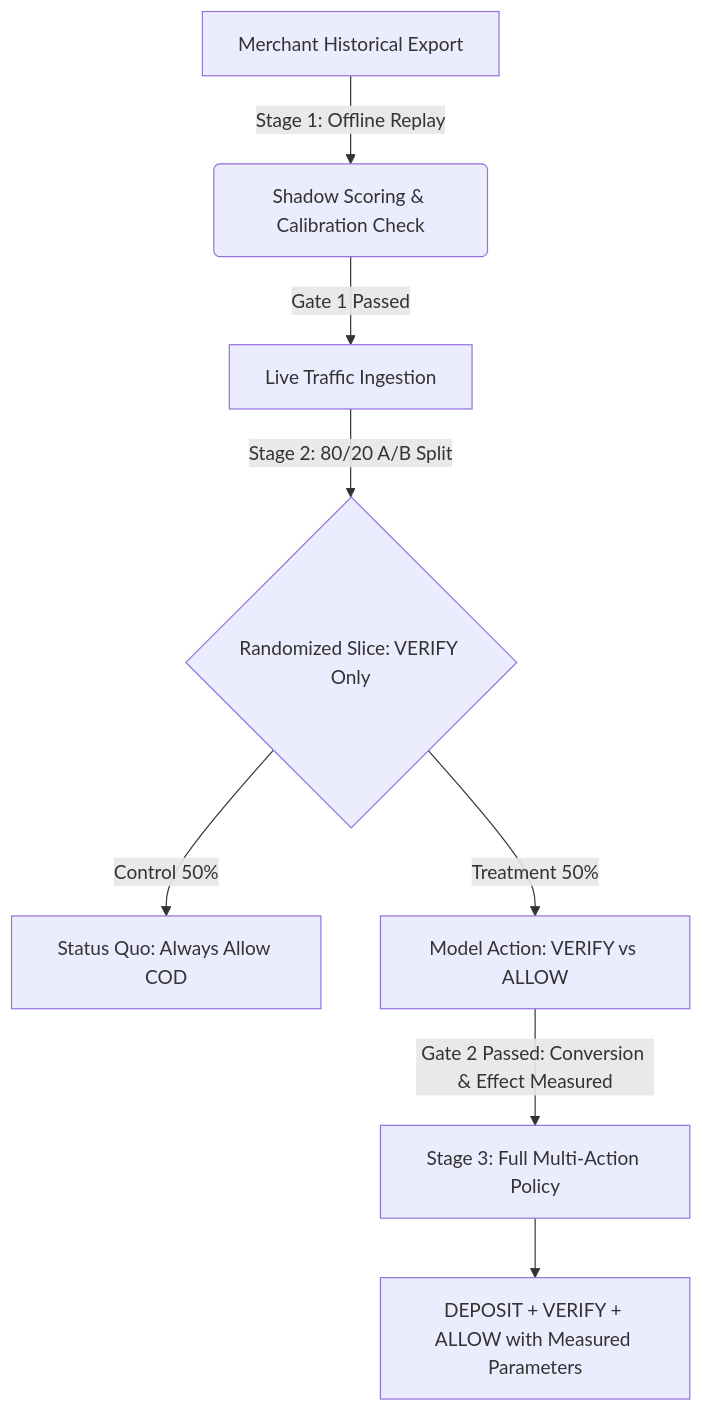
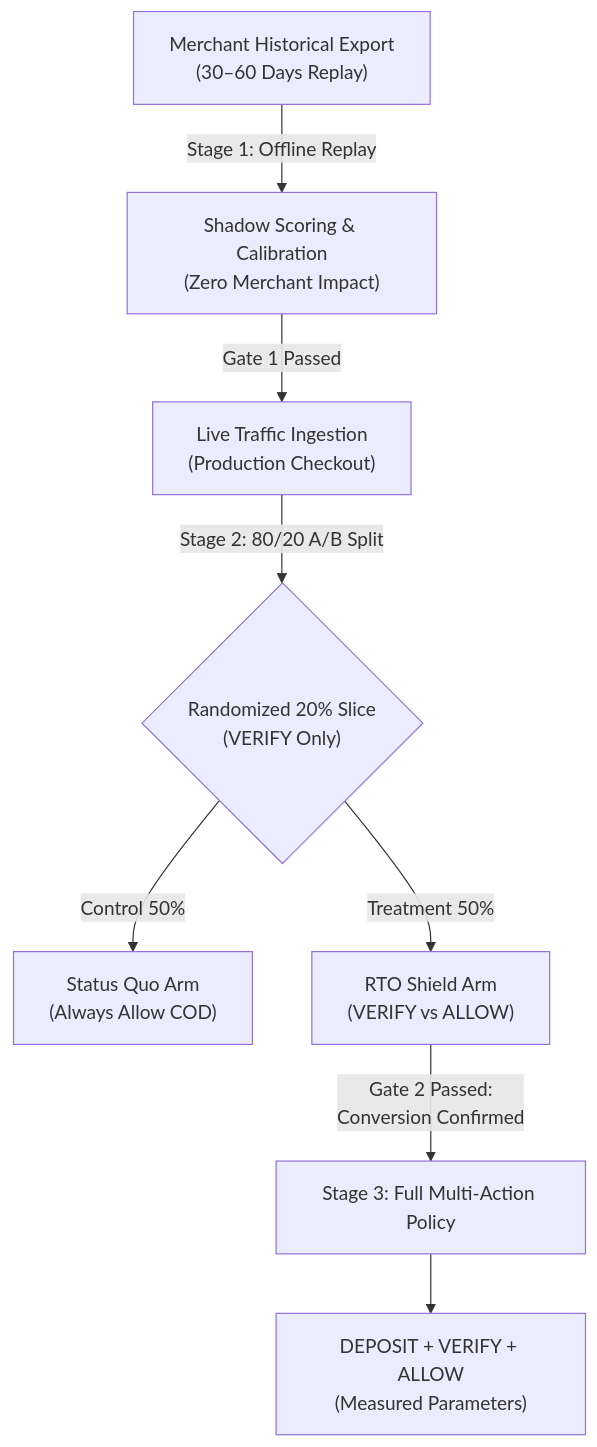
One commit to mahirbhat70-eng/rto-shield changed the diagram in audit/PILOT_DESIGN.md. Above: the diagram before and after it, drawn with Mermaid. The commit also changed other lines of this file and 1 other file, not shown here.

Commit message:
docs(audit): fix Mermaid diagram trimming and KaTeX math formatting in PILOT_DESIGN.md

````diff
--- a/audit/PILOT_DESIGN.md
+++ b/audit/PILOT_DESIGN.md
@@ -9,10 +9,10 @@
 ```mermaid
-graph TD
-    A[Merchant Historical Export] -->|Stage 1: Offline Replay| B(Shadow Scoring & Calibration Check)
-    B -->|Gate 1 Passed| C[Live Traffic Ingestion]
-    C -->|Stage 2: 80/20 A/B Split| D{Randomized Slice: VERIFY Only}
-    D -->|Control 50%| E[Status Quo: Always Allow COD]
-    D -->|Treatment 50%| F[Model Action: VERIFY vs ALLOW]
-    F -->|Gate 2 Passed: Conversion & Effect Measured| G[Stage 3: Full Multi-Action Policy]
-    G --> H[DEPOSIT + VERIFY + ALLOW with Measured Parameters]
+flowchart TD
+    A["Merchant Historical Export<br/>(30–60 Days Replay)"] -->|"Stage 1: Offline Replay"| B["Shadow Scoring &amp; Calibration<br/>(Zero Merchant Impact)"]
+    B -->|"Gate 1 Passed"| C["Live Traffic Ingestion<br/>(Production Checkout)"]
+    C -->|"Stage 2: 80/20 A/B Split"| D{"Randomized 20% Slice<br/>(VERIFY Only)"}
+    D -->|"Control 50%"| E["Status Quo Arm<br/>(Always Allow COD)"]
+    D -->|"Treatment 50%"| F["RTO Shield Arm<br/>(VERIFY vs ALLOW)"]
+    F -->|"Gate 2 Passed:<br/>Conversion Confirmed"| G["Stage 3: Full Multi-Action Policy"]
+    G --> H["DEPOSIT + VERIFY + ALLOW<br/>(Measured Parameters)"]
 ```
````
